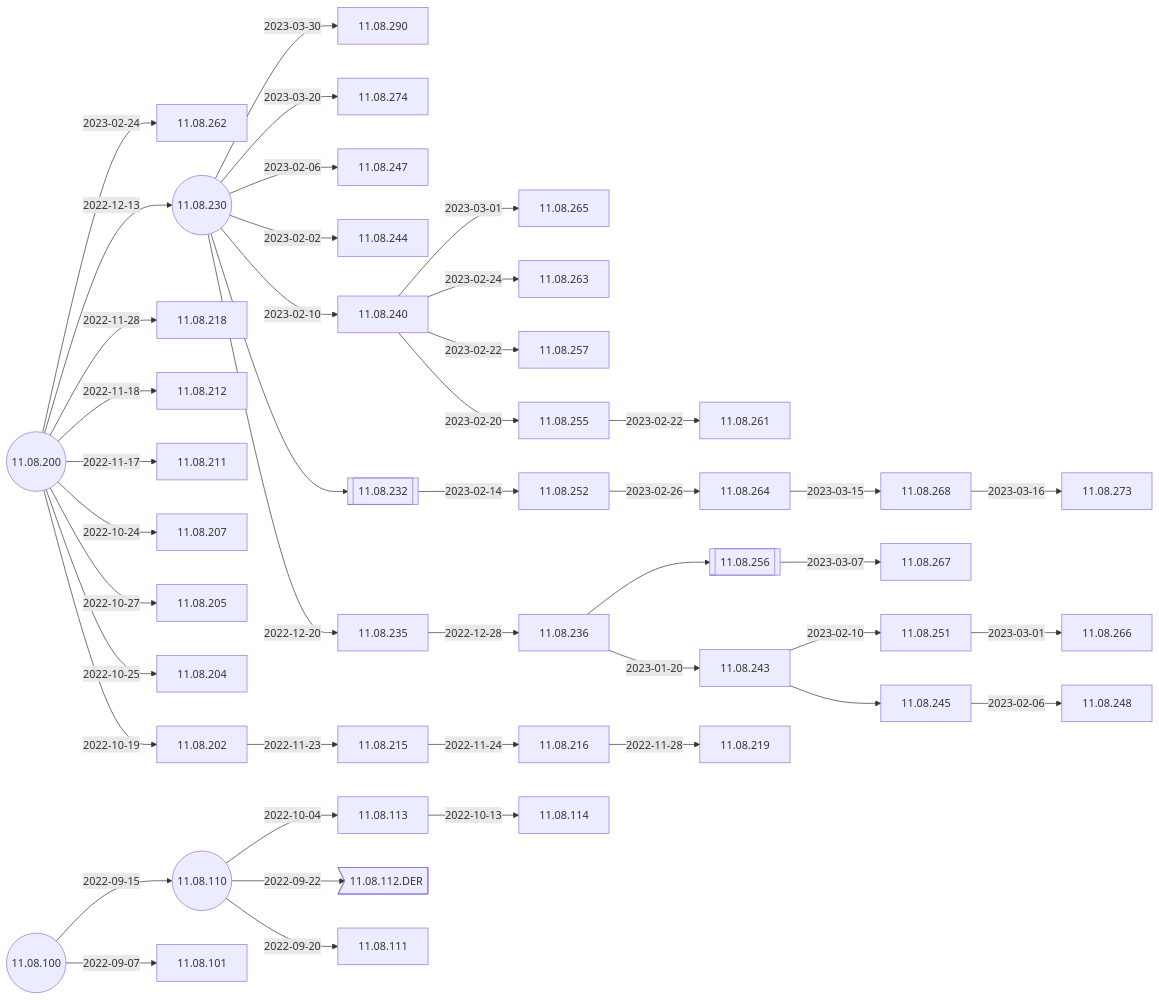
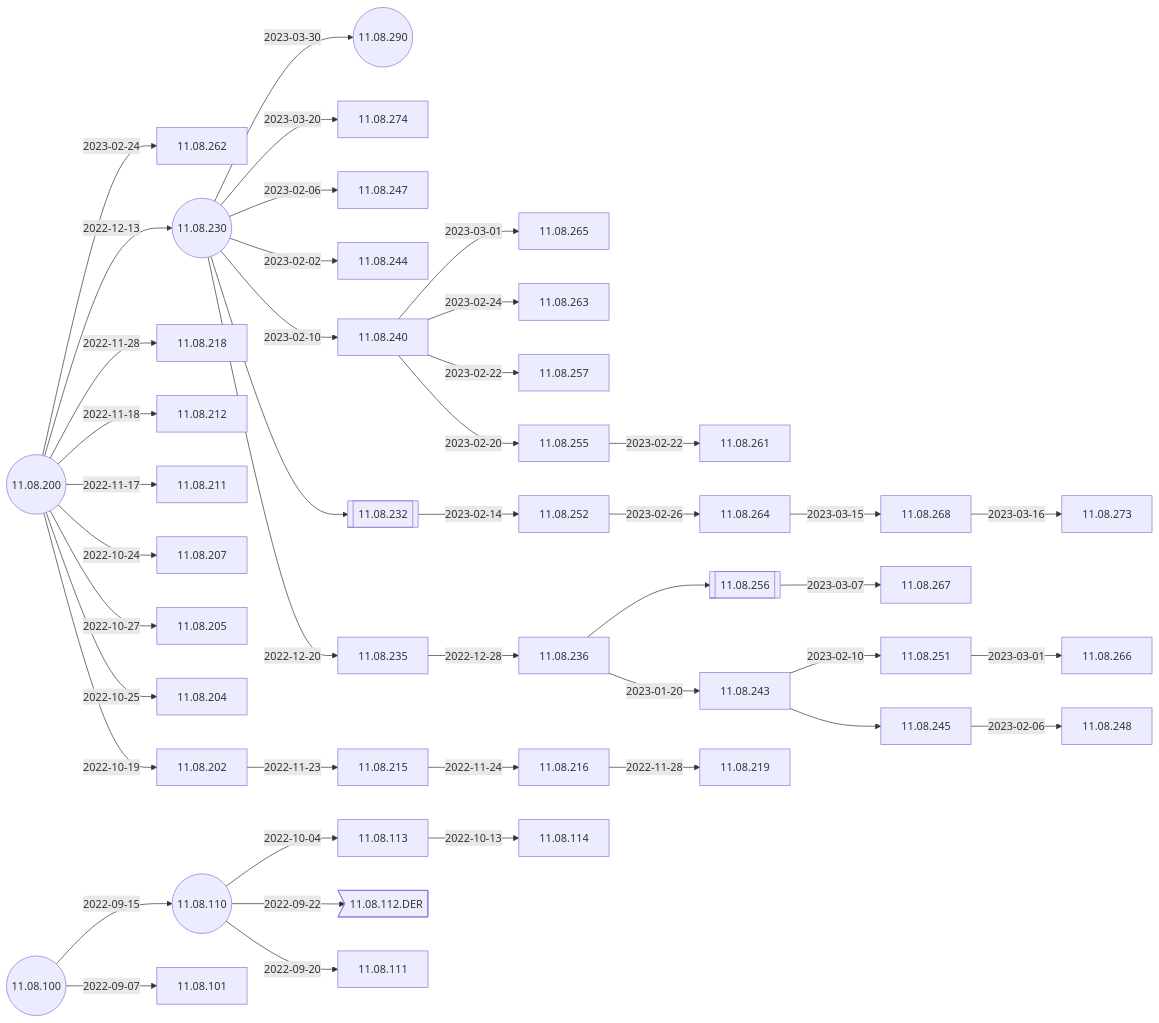
The second of 4 diagrams in docs/Docs/ReleaseNotes/01-OS11/README.md (IGEL-Community/IGEL-Docs-v02), drawn with Mermaid before and after one commit. The commit also changed 1 other file, not shown here.

Commit message:
11.08.290 <- 11.08.230

````diff
--- a/docs/Docs/ReleaseNotes/01-OS11/README.md
+++ b/docs/Docs/ReleaseNotes/01-OS11/README.md
@@ -39,63 +39,63 @@
 ```mermaid
 flowchart LR
-    11.08.230-- 2023-03-30 -->11.08.290
+    11.08.230-- 2023-03-30 -->11.08.290((11.08.290))
     11.08.230-- 2023-03-20 -->11.08.274
     11.08.236-->11.08.256[[11.08.256]]-- 2023-03-07 -->11.08.267
     11.08.240-- 2023-03-01 -->11.08.265 
     11.08.252-- 2023-02-26 -->11.08.264-- 2023-03-15 -->11.08.268-- 2023-03-16 -->11.08.273
     11.08.200-- 2023-02-24 -->11.08.262
     11.08.243-- 2023-02-10 -->11.08.251-- 2023-03-01 -->11.08.266
     11.08.230-- 2023-02-06 -->11.08.247
     11.08.230-- 2023-02-02 -->11.08.244
     11.08.240-- 2023-02-24 -->11.08.263
     11.08.240-- 2023-02-22 -->11.08.257
     11.08.240-- 2023-02-20 -->11.08.255-- 2023-02-22 -->11.08.261
     11.08.230-- 2023-02-10 -->11.08.240
     11.08.230((11.08.230))-->11.08.232[[11.08.232]]-- 2023-02-14 -->11.08.252
     11.08.200-- 2022-12-13 -->11.08.230-- 2022-12-20 -->11.08.235-- 2022-12-28 -->11.08.236-- 2023-01-20 -->11.08.243-->11.08.245-- 2023-02-06 -->11.08.248
     11.08.200-- 2022-11-28 -->11.08.218
     11.08.200-- 2022-11-18 -->11.08.212
     11.08.200-- 2022-11-17 -->11.08.211
     11.08.200-- 2022-10-24 -->11.08.207
     11.08.200-- 2022-10-27 -->11.08.205
     11.08.200-- 2022-10-25 -->11.08.204
     11.08.200((11.08.200))-- 2022-10-19 -->11.08.202-- 2022-11-23 -->11.08.215-- 2022-11-24 -->11.08.216-- 2022-11-28 -->11.08.219
     11.08.110-- 2022-10-04 -->11.08.113-- 2022-10-13 -->11.08.114
     11.08.110((11.08.110))-- 2022-09-22 -->11.08.112.DER>11.08.112.DER]
     11.08.100-- 2022-09-15 -->11.08.110-- 2022-09-20 -->11.08.111
     11.08.100((11.08.100))-- 2022-09-07 -->11.08.101
     click 11.08.290 "https://github.com/IGEL-Community/IGEL-Docs-v02/tree/main/docs/Docs/ReleaseNotes/01-OS11/readme11.08.290.txt" _blank
     click 11.08.274 "https://github.com/IGEL-Community/IGEL-Docs-v02/tree/main/docs/Docs/ReleaseNotes/01-OS11/readme11.08.274.txt" _blank
     click 11.08.273 "https://github.com/IGEL-Community/IGEL-Docs-v02/tree/main/docs/Docs/ReleaseNotes/01-OS11/readme11.08.273.txt" _blank
     click 11.08.268 "https://github.com/IGEL-Community/IGEL-Docs-v02/tree/main/docs/Docs/ReleaseNotes/01-OS11/readme11.08.268.txt" _blank
     click 11.08.267 "https://github.com/IGEL-Community/IGEL-Docs-v02/tree/main/docs/Docs/ReleaseNotes/01-OS11/readme11.08.267.txt" _blank
     click 11.08.266 "https://github.com/IGEL-Community/IGEL-Docs-v02/tree/main/docs/Docs/ReleaseNotes/01-OS11/readme11.08.266.txt" _blank
     click 11.08.265 "https://github.com/IGEL-Community/IGEL-Docs-v02/tree/main/docs/Docs/ReleaseNotes/01-OS11/readme11.08.265.txt" _blank
     click 11.08.264 "https://github.com/IGEL-Community/IGEL-Docs-v02/tree/main/docs/Docs/ReleaseNotes/01-OS11/readme11.08.264.txt" _blank
     click 11.08.263 "https://github.com/IGEL-Community/IGEL-Docs-v02/tree/main/docs/Docs/ReleaseNotes/01-OS11/readme11.08.263.txt" _blank
     click 11.08.262 "https://github.com/IGEL-Community/IGEL-Docs-v02/tree/main/docs/Docs/ReleaseNotes/01-OS11/readme11.08.262.txt" _blank
     click 11.08.261 "https://github.com/IGEL-Community/IGEL-Docs-v02/tree/main/docs/Docs/ReleaseNotes/01-OS11/readme11.08.261.txt" _blank
     click 11.08.257 "https://github.com/IGEL-Community/IGEL-Docs-v02/tree/main/docs/Docs/ReleaseNotes/01-OS11/readme11.08.257.txt" _blank
     click 11.08.255 "https://github.com/IGEL-Community/IGEL-Docs-v02/tree/main/docs/Docs/ReleaseNotes/01-OS11/readme11.08.255.txt" _blank
     click 11.08.252 "https://github.com/IGEL-Community/IGEL-Docs-v02/tree/main/docs/Docs/ReleaseNotes/01-OS11/readme11.08.252.txt" _blank
     click 11.08.251 "https://github.com/IGEL-Community/IGEL-Docs-v02/tree/main/docs/Docs/ReleaseNotes/01-OS11/readme11.08.251.txt" _blank
     click 11.08.248 "https://github.com/IGEL-Community/IGEL-Docs-v02/tree/main/docs/Docs/ReleaseNotes/01-OS11/readme11.08.248.txt" _blank
     click 11.08.247 "https://github.com/IGEL-Community/IGEL-Docs-v02/tree/main/docs/Docs/ReleaseNotes/01-OS11/readme11.08.247.txt" _blank
     click 11.08.244 "https://github.com/IGEL-Community/IGEL-Docs-v02/tree/main/docs/Docs/ReleaseNotes/01-OS11/readme11.08.244.txt" _blank
     click 11.08.243 "https://github.com/IGEL-Community/IGEL-Docs-v02/tree/main/docs/Docs/ReleaseNotes/01-OS11/readme11.08.243.txt" _blank
     click 11.08.240 "https://github.com/IGEL-Community/IGEL-Docs-v02/tree/main/docs/Docs/ReleaseNotes/01-OS11/readme11.08.240.txt" _blank
     click 11.08.236 "https://github.com/IGEL-Community/IGEL-Docs-v02/tree/main/docs/Docs/ReleaseNotes/01-OS11/readme11.08.236.txt" _blank
     click 11.08.235 "https://github.com/IGEL-Community/IGEL-Docs-v02/tree/main/docs/Docs/ReleaseNotes/01-OS11/readme11.08.235.txt" _blank
     click 11.08.230 "https://github.com/IGEL-Community/IGEL-Docs-v02/tree/main/docs/Docs/ReleaseNotes/01-OS11/readme11.08.230.txt" _blank
     click 11.08.219 "https://github.com/IGEL-Community/IGEL-Docs-v02/tree/main/docs/Docs/ReleaseNotes/01-OS11/readme11.08.219.txt" _blank
     click 11.08.218 "https://github.com/IGEL-Community/IGEL-Docs-v02/tree/main/docs/Docs/ReleaseNotes/01-OS11/readme11.08.218.txt" _blank
     click 11.08.216 "https://github.com/IGEL-Community/IGEL-Docs-v02/tree/main/docs/Docs/ReleaseNotes/01-OS11/readme11.08.216.txt" _blank
     click 11.08.215 "https://github.com/IGEL-Community/IGEL-Docs-v02/tree/main/docs/Docs/ReleaseNotes/01-OS11/readme11.08.215.txt" _blank
     click 11.08.212 "https://github.com/IGEL-Community/IGEL-Docs-v02/tree/main/docs/Docs/ReleaseNotes/01-OS11/readme11.08.212.txt" _blank
     click 11.08.211 "https://github.com/IGEL-Community/IGEL-Docs-v02/tree/main/docs/Docs/ReleaseNotes/01-OS11/readme11.08.211.txt" _blank
     click 11.08.207 "https://github.com/IGEL-Community/IGEL-Docs-v02/tree/main/docs/Docs/ReleaseNotes/01-OS11/readme11.08.207.txt" _blank
     click 11.08.205 "https://github.com/IGEL-Community/IGEL-Docs-v02/tree/main/docs/Docs/ReleaseNotes/01-OS11/readme11.08.205.txt" _blank
     click 11.08.204 "https://github.com/IGEL-Community/IGEL-Docs-v02/tree/main/docs/Docs/ReleaseNotes/01-OS11/readme11.08.204.txt" _blank
     click 11.08.202 "https://github.com/IGEL-Community/IGEL-Docs-v02/tree/main/docs/Docs/ReleaseNotes/01-OS11/readme11.08.202.txt" _blank
     click 11.08.200 "https://github.com/IGEL-Community/IGEL-Docs-v02/tree/main/docs/Docs/ReleaseNotes/01-OS11/readme11.08.200.txt" _blank
 ```
````
